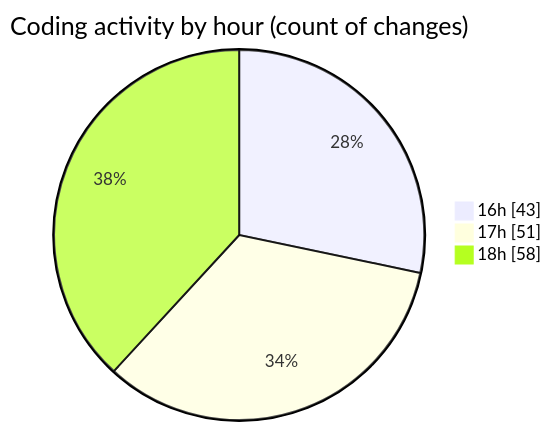
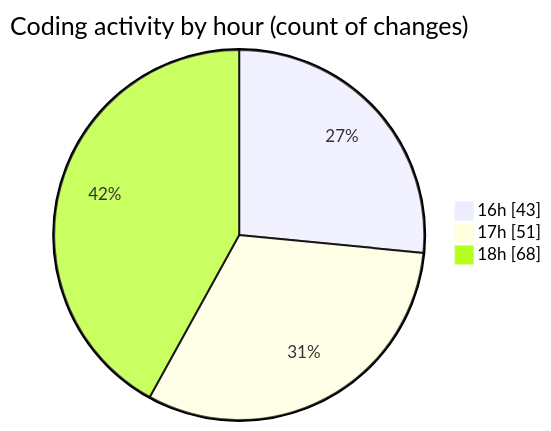
One commit to momahboobian/code-tracking changed the second of 2 diagrams in 2026-11-13/broadcaster-v6-feature/README.md. Above: the diagram before and after it, drawn with Mermaid. The commit also changed other lines of this file and 1 other file, not shown here.

````diff
--- a/2026-11-13/broadcaster-v6-feature/README.md
+++ b/2026-11-13/broadcaster-v6-feature/README.md
@@ -73,7 +77,7 @@
 ```mermaid
 pie showData
 title Coding activity by hour (count of changes)
 "16h" : 43
 "17h" : 51
-"18h" : 58
+"18h" : 68
 ```
````
